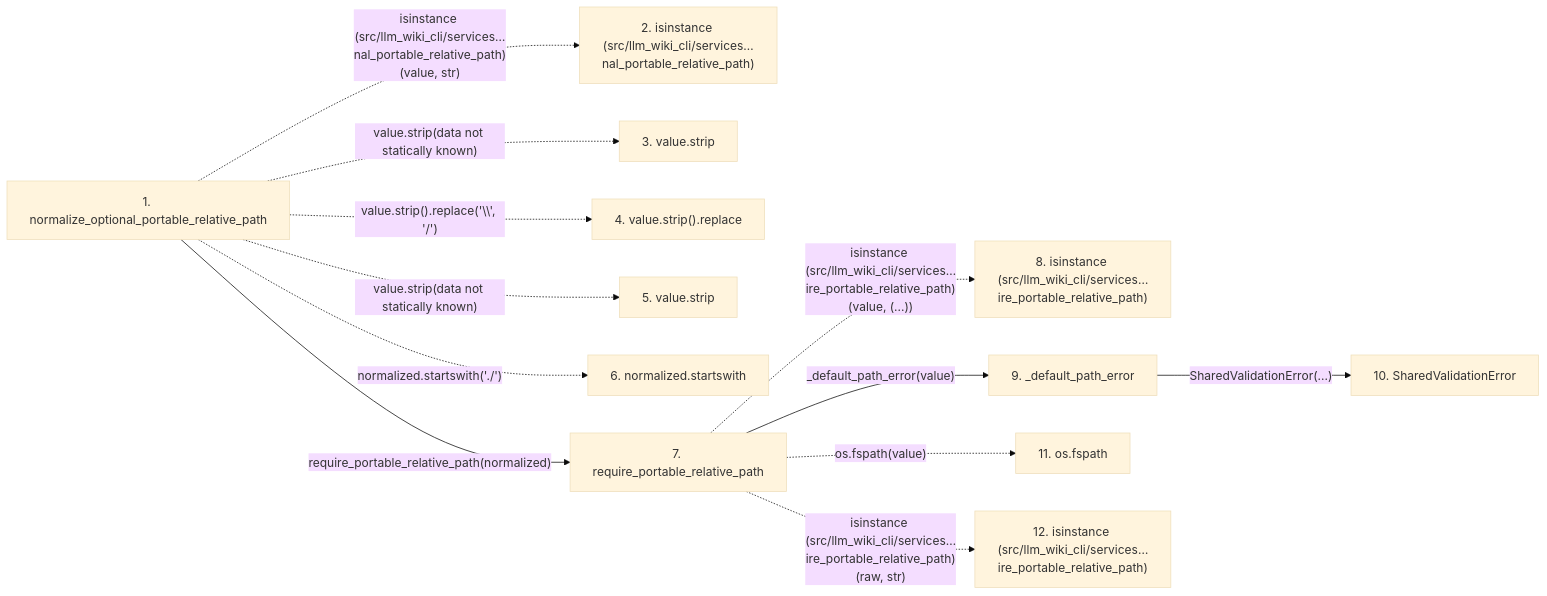
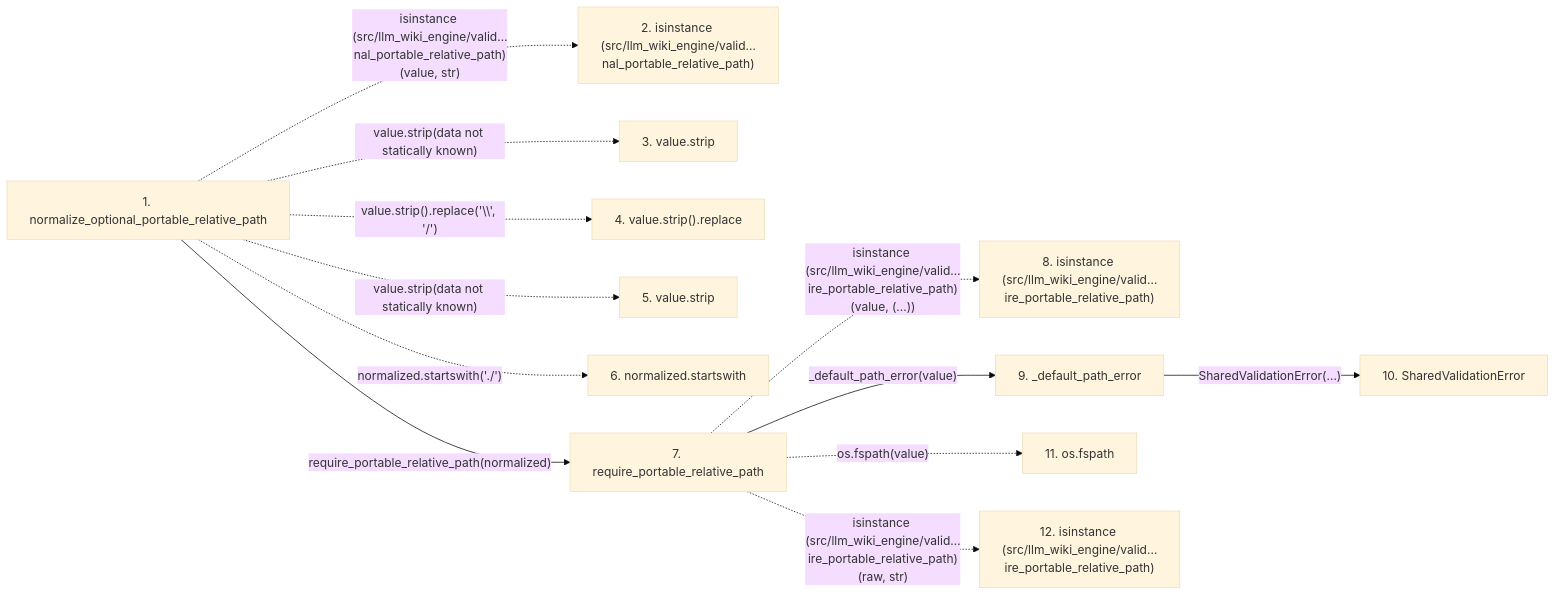
One commit to Denissvgn/python-wiki-llm changed the second of 2 diagrams in docs/llm_wiki/flows/api-normalize_optional_portable_relative_path.md. Above: the diagram before and after it, drawn with Mermaid (base theme). The commit also changed other lines of this file and 1103 other files, not shown here.

First line of the commit message:
docs: refresh the wiki for the llm-wiki-engine distribution

````diff
--- a/docs/llm_wiki/flows/api-normalize_optional_portable_relative_path.md
+++ b/docs/llm_wiki/flows/api-normalize_optional_portable_relative_path.md
@@ -125,30 +125,30 @@
 ```mermaid
 flowchart LR
     s1["1. normalize_optional_portable_relative_path"]
-    s2["2. isinstance (src/llm_wiki_cli/services…nal_portable_relative_path)"]
+    s2["2. isinstance (src/llm_wiki_engine/valid…nal_portable_relative_path)"]
     s3["3. value.strip"]
     s4["4. value.strip().replace"]
     s5["5. value.strip"]
     s6["6. normalized.startswith"]
     s7["7. require_portable_relative_path"]
-    s8["8. isinstance (src/llm_wiki_cli/services…ire_portable_relative_path)"]
+    s8["8. isinstance (src/llm_wiki_engine/valid…ire_portable_relative_path)"]
     s9["9. _default_path_error"]
     s10["10. SharedValidationError"]
     s11["11. os.fspath"]
-    s12["12. isinstance (src/llm_wiki_cli/services…ire_portable_relative_path)"]
-    s1 -. "isinstance (src/llm_wiki_cli/services…nal_portable_relative_path)(value, str)" .-> s2
+    s12["12. isinstance (src/llm_wiki_engine/valid…ire_portable_relative_path)"]
+    s1 -. "isinstance (src/llm_wiki_engine/valid…nal_portable_relative_path)(value, str)" .-> s2
     s1 -. "value.strip(data not statically known)" .-> s3
     s1 -. "value.strip().replace('\\', '/')" .-> s4
     s1 -. "value.strip(data not statically known)" .-> s5
     s1 -. "normalized.startswith('./')" .-> s6
     s1 -->|"require_portable_relative_path(normalized)"| s7
-    s7 -. "isinstance (src/llm_wiki_cli/services…ire_portable_relative_path)(value, (...))" .-> s8
+    s7 -. "isinstance (src/llm_wiki_engine/valid…ire_portable_relative_path)(value, (...))" .-> s8
     s7 -->|"_default_path_error(value)"| s9
     s9 -->|"SharedValidationError(...)"| s10
     s7 -. "os.fspath(value)" .-> s11
-    s7 -. "isinstance (src/llm_wiki_cli/services…ire_portable_relative_path)(raw, str)" .-> s12
+    s7 -. "isinstance (src/llm_wiki_engine/valid…ire_portable_relative_path)(raw, str)" .-> s12
     click s1 "../modules/validation.md"
     click s7 "../modules/validation.md"
     click s9 "../modules/validation.md"
     click s10 "../modules/validation.md"
 ```
````
